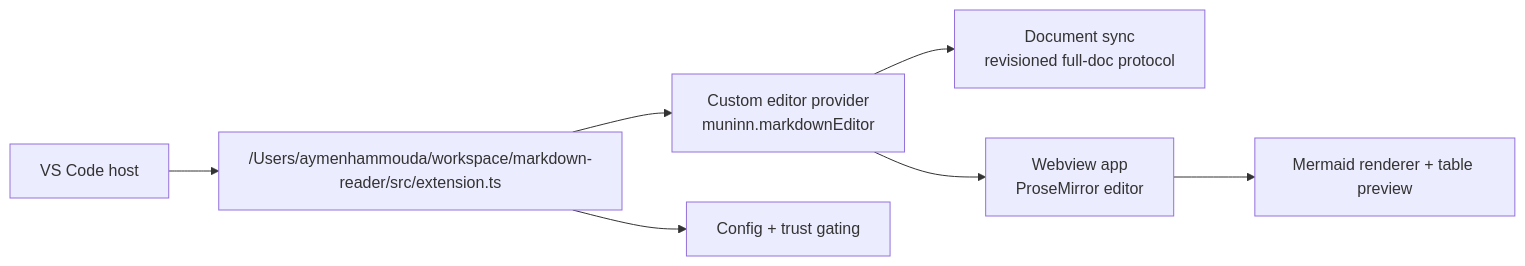
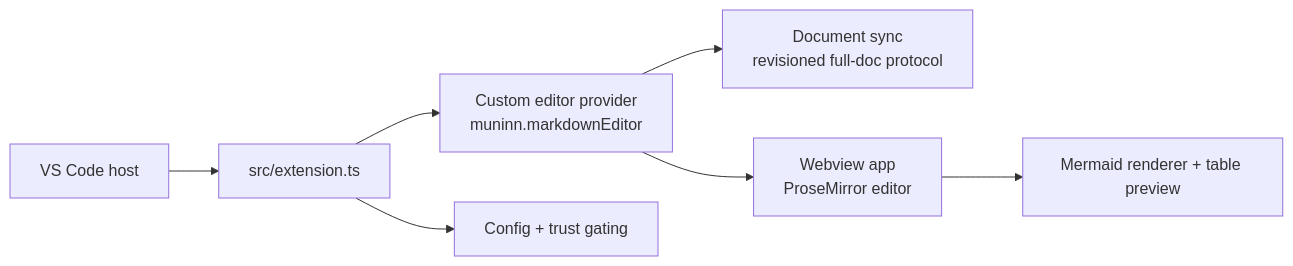
Before and after one commit to bluecloud-dev/markdown-preview: the diagram in docs/ARCHITECTURE.md, drawn with Mermaid. The commit also changed other lines of this file and 34 other files, not shown here.

````diff
--- a/docs/ARCHITECTURE.md
+++ b/docs/ARCHITECTURE.md
@@ -12,9 +7,9 @@
 ```mermaid
 flowchart LR
-  A["VS Code host"] --> B["/Users/aymenhammouda/workspace/markdown-reader/src/extension.ts"]
+  A["VS Code host"] --> B["src/extension.ts"]
   B --> C["Custom editor provider\nmuninn.markdownEditor"]
   C --> D["Document sync\nrevisioned full-doc protocol"]
   C --> E["Webview app\nProseMirror editor"]
   E --> F["Mermaid renderer + table preview"]
   B --> G["Config + trust gating"]
 ```
````
